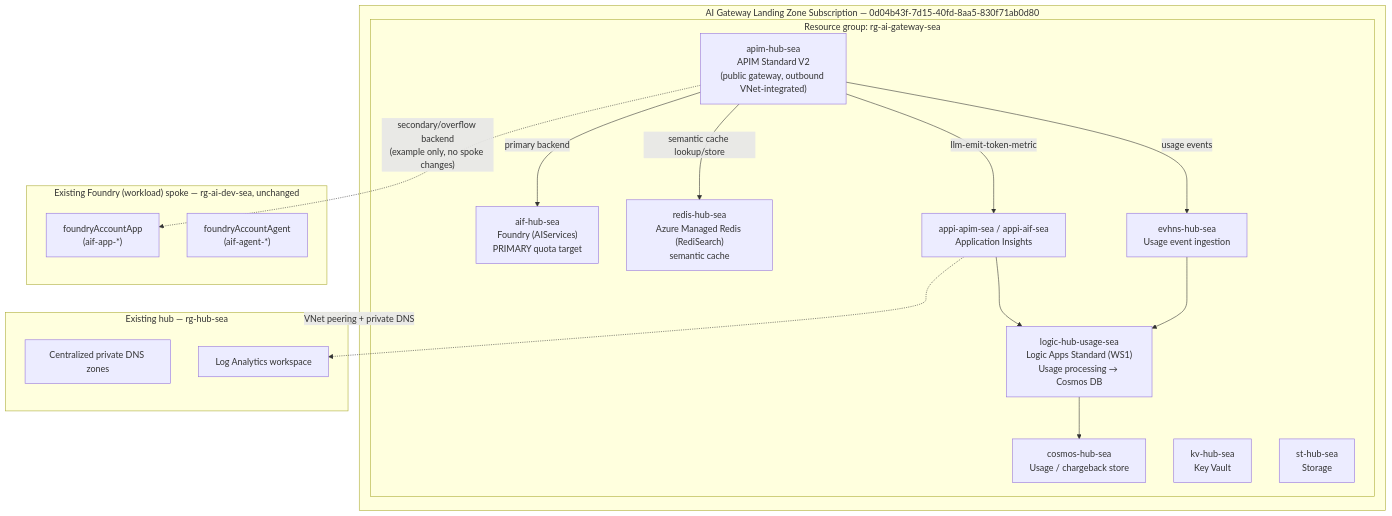
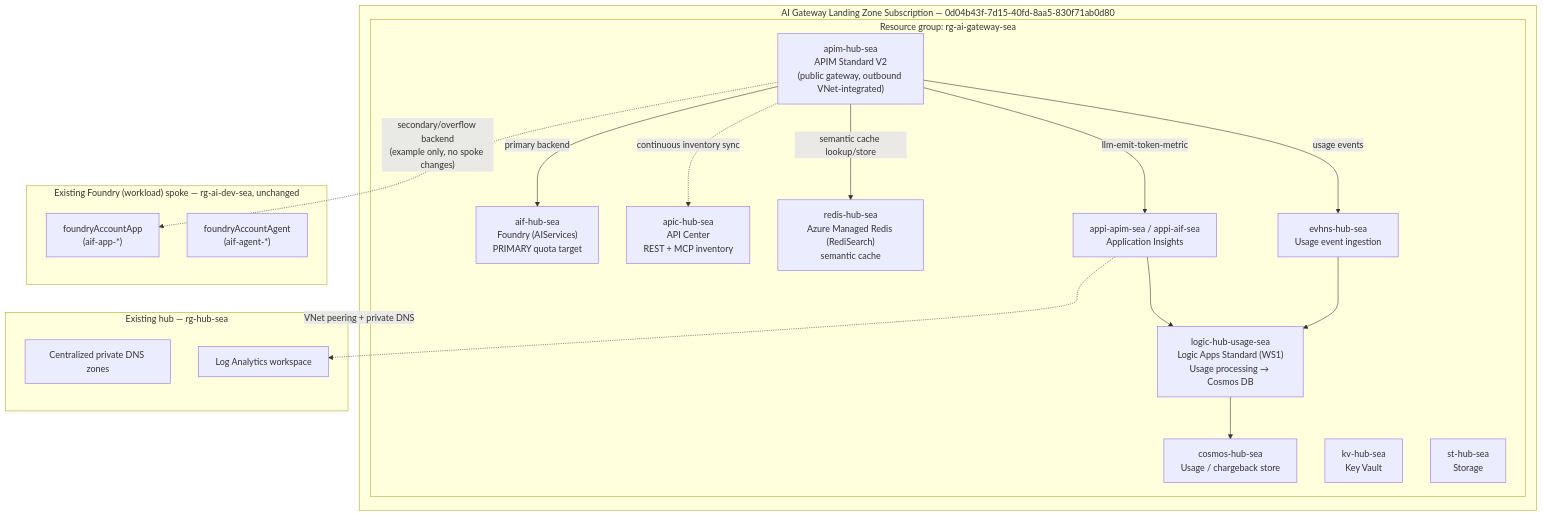
Before and after one commit to kandanai-leenutaphong-backup/azure_ai_landing_zone_export: the first of 2 diagrams in docs/ai-gateway-landing-zone.md, drawn with Mermaid. The commit also changed other lines of this file and 18 other files, not shown here.

First line of the commit message:
Add governed MCP examples and API Center

````diff
--- a/docs/ai-gateway-landing-zone.md
+++ b/docs/ai-gateway-landing-zone.md
@@ -54,38 +54,40 @@
 ```mermaid
 flowchart TB
     subgraph AIGW["AI Gateway Landing Zone Subscription — 0d04b43f-7d15-40fd-8aa5-830f71ab0d80"]
         subgraph RG["Resource group: rg-ai-gateway-sea"]
             APIM["apim-hub-sea<suffix><br/>APIM Standard V2<br/>(public gateway, outbound VNet-integrated)"]
             FoundryHub["aif-hub-sea<br/>Foundry (AIServices)<br/>PRIMARY quota target"]
+            ApiCenter["apic-hub-sea<br/>API Center<br/>REST + MCP inventory"]
             Redis["redis-hub-sea<br/>Azure Managed Redis (RediSearch)<br/>semantic cache"]
             Cosmos["cosmos-hub-sea<br/>Usage / chargeback store"]
             EventHub["evhns-hub-sea<br/>Usage event ingestion"]
             LogicApp["logic-hub-usage-sea<suffix><br/>Logic Apps Standard (WS1)<br/>Usage processing → Cosmos DB"]
             KV["kv-hub-sea<br/>Key Vault"]
             St["st-hub-sea<br/>Storage"]
             AppInsights["appi-apim-sea / appi-aif-sea<br/>Application Insights"]
 
             APIM -->|llm-emit-token-metric| AppInsights
             APIM -->|usage events| EventHub
             APIM -->|semantic cache lookup/store| Redis
             APIM -->|primary backend| FoundryHub
+            APIM -.->|continuous inventory sync| ApiCenter
             EventHub --> LogicApp
             AppInsights --> LogicApp
             LogicApp --> Cosmos
         end
     end
 
     subgraph Spoke["Existing Foundry (workload) spoke — rg-ai-dev-sea, unchanged"]
         FoundryApp["foundryAccountApp<br/>(aif-app-*)"]
         FoundryAgent["foundryAccountAgent<br/>(aif-agent-*)"]
     end
 
     subgraph HubNet["Existing hub — rg-hub-sea"]
         DNS["Centralized private DNS zones"]
         LAW["Log Analytics workspace"]
     end
 
     APIM -.->|"secondary/overflow backend<br/>(example only, no spoke changes)"| FoundryApp
     RG -.->|VNet peering + private DNS| HubNet
     AppInsights -.-> LAW
 ```
````
